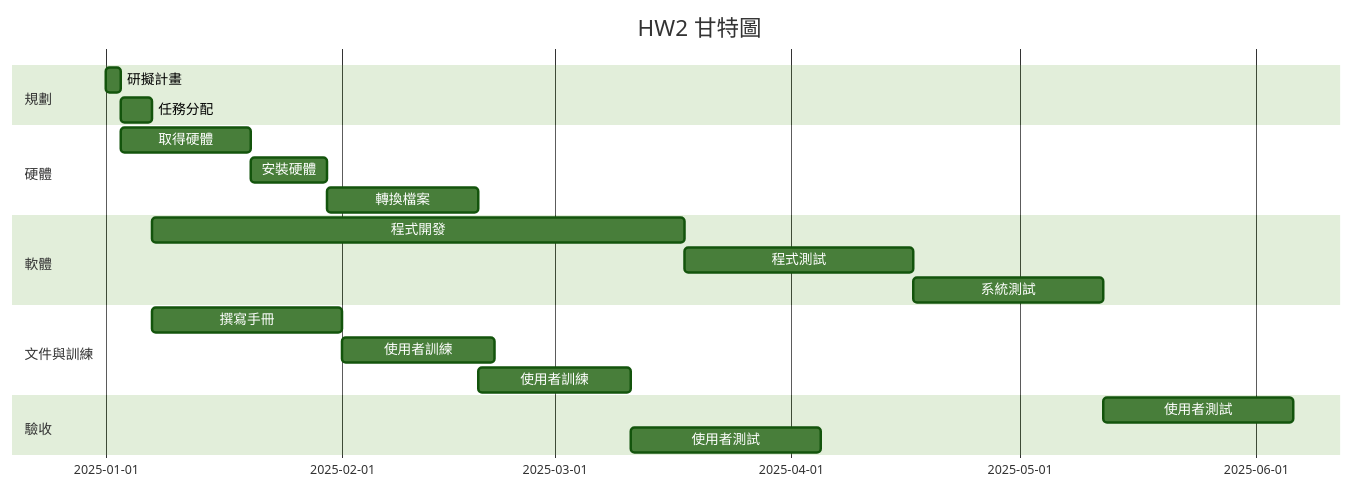
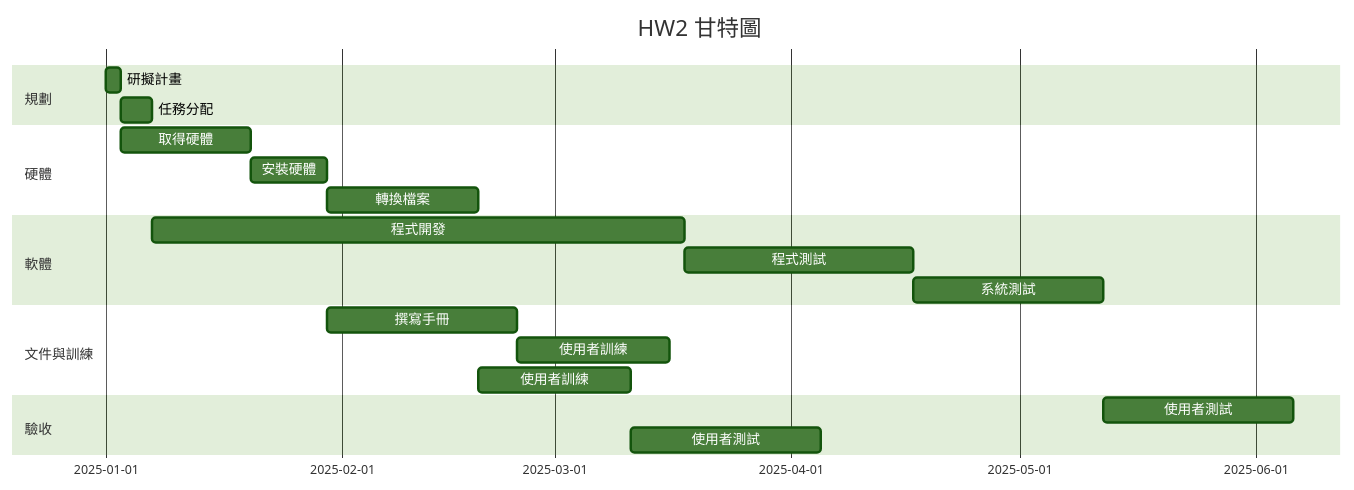
The second of 3 diagrams in hw2.md (AlvinLai6/114-b), drawn with Mermaid (forest theme) before and after one commit. The commit also changed other lines of this file, not shown here.

````diff
--- a/hw2.md
+++ b/hw2.md
@@ -18,24 +18,24 @@
 ```mermaid
 gantt
     title A Gantt Diagram
     title HW2 甘特圖
     dateFormat  YYYY-MM-DD
     section 規劃
     研擬計畫       :a1, 2025-01-01, 2d
     任務分配       :a2, after a1, 4d
     section 硬體
     取得硬體       :a3, after a1, 17d
     安裝硬體       :a5, after a3, 10d
     轉換檔案       :a8, after a5, 20d
     section 軟體
     程式開發       :a4, after a2, 70d
     程式測試       :a6, after a4, 30d
     系統測試       :a9, after a6, 25d
     section 文件與訓練
-    撰寫手冊       :a7, after a2, 25d
+    撰寫手冊       :a7, after a5, 25d
     使用者訓練     :a10, after a7, 20d
     使用者訓練     :a10, after a8, 20d
     section 驗收
     使用者測試     :a11, after a9, 25d
     使用者測試     :a11, after a10, 25d
 ```
````
